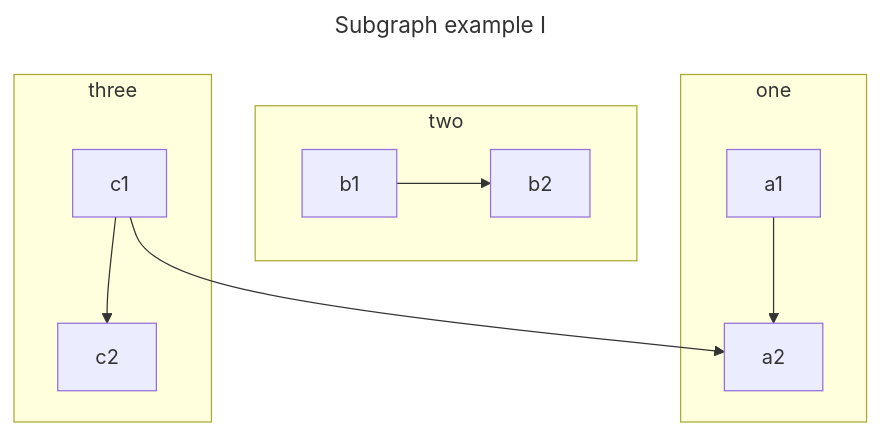
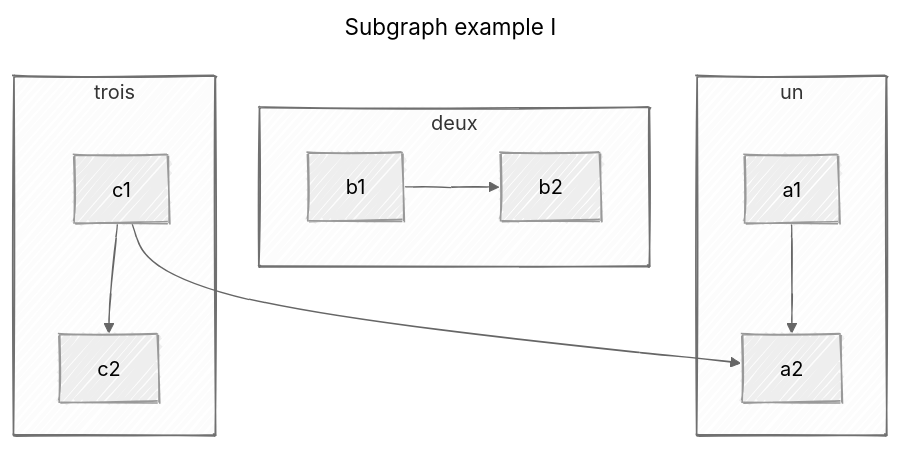
Before and after one commit to SchrodtSven/Langelinie: the first of 2 diagrams in src/basix/flow_subgr.md, drawn with Mermaid. The commit also changed 2 other files, not shown here.

Commit message:
Cleaning bot ...

````diff
--- a/src/basix/flow_subgr.md
+++ b/src/basix/flow_subgr.md
@@ -3,17 +3,20 @@
 ```mermaid
 ---
 title: Subgraph example I
+config:
+  look: handDrawn
+  theme: neutral
 ---
 flowchart TB
     c1-->a2
-    subgraph one
+    subgraph un
     a1-->a2
     end
-    subgraph two
+    subgraph deux
     b1-->b2
     end
-    subgraph three
+    subgraph trois
     c1-->c2
     end
 
 ```
````
